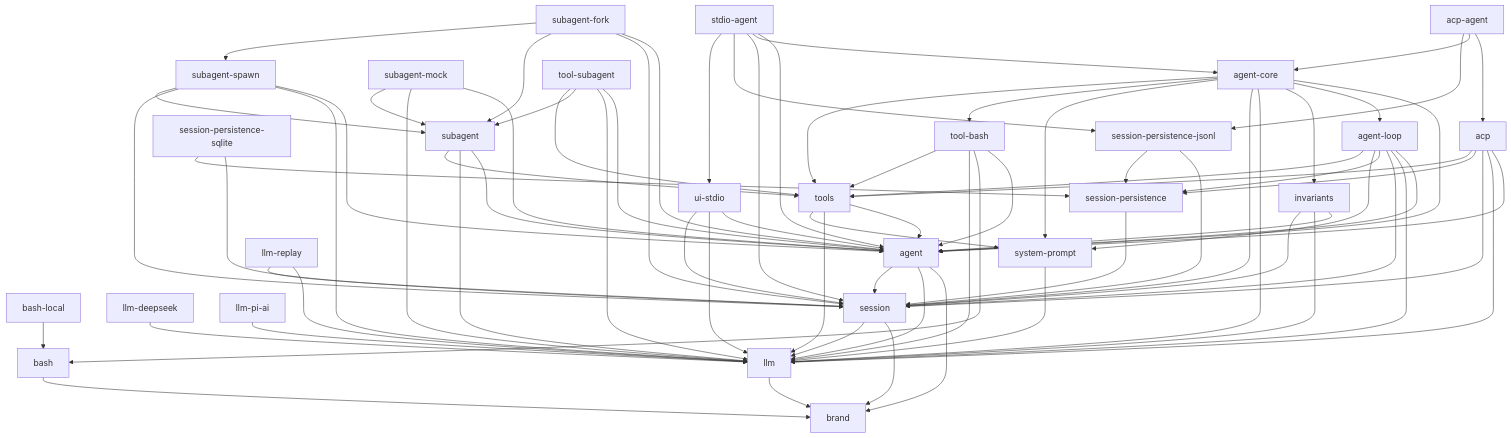
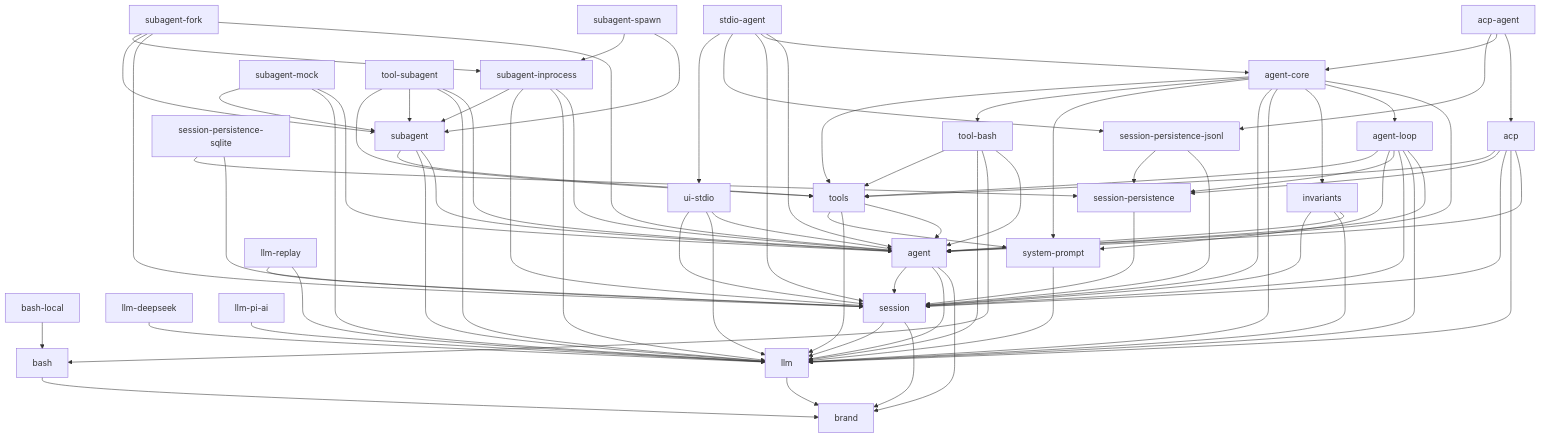
Before and after one commit to 007M7/DeepCode: the diagram in docs/module-graph.md, drawn with Mermaid. The commit also changed other lines of this file and 15 other files, not shown here.

First line of the commit message:
Extract the shared in-process driver into dsh-subagent-inprocess (review feedback)

````diff
--- a/docs/module-graph.md
+++ b/docs/module-graph.md
@@ -8,79 +8,81 @@
 ```mermaid
 graph TD
   bash --> brand
   llm --> brand
   bash-local --> bash
   llm-deepseek --> llm
   llm-pi-ai --> llm
   session --> brand
   session --> llm
   system-prompt --> llm
   agent --> brand
   agent --> llm
   agent --> session
   llm-replay --> llm
   llm-replay --> session
   session-persistence --> session
   invariants --> agent
   invariants --> llm
   invariants --> session
   session-persistence-jsonl --> session
   session-persistence-jsonl --> session-persistence
   session-persistence-sqlite --> session
   session-persistence-sqlite --> session-persistence
   tools --> agent
   tools --> llm
   tools --> system-prompt
   ui-stdio --> agent
   ui-stdio --> llm
   ui-stdio --> session
   acp --> agent
   acp --> llm
   acp --> session
   acp --> session-persistence
   acp --> tools
   agent-loop --> agent
   agent-loop --> llm
   agent-loop --> session
   agent-loop --> session-persistence
   agent-loop --> system-prompt
   agent-loop --> tools
   subagent --> agent
   subagent --> llm
   subagent --> tools
   tool-bash --> agent
   tool-bash --> bash
   tool-bash --> llm
   tool-bash --> tools
   agent-core --> agent
   agent-core --> agent-loop
   agent-core --> invariants
   agent-core --> llm
   agent-core --> session
   agent-core --> system-prompt
   agent-core --> tool-bash
   agent-core --> tools
+  subagent-inprocess --> agent
+  subagent-inprocess --> llm
+  subagent-inprocess --> session
+  subagent-inprocess --> subagent
   subagent-mock --> agent
   subagent-mock --> llm
   subagent-mock --> subagent
-  subagent-spawn --> agent
-  subagent-spawn --> llm
-  subagent-spawn --> session
-  subagent-spawn --> subagent
   tool-subagent --> agent
   tool-subagent --> llm
   tool-subagent --> subagent
   tool-subagent --> tools
   acp-agent --> acp
   acp-agent --> agent-core
   acp-agent --> session-persistence-jsonl
   stdio-agent --> agent
   stdio-agent --> agent-core
   stdio-agent --> session
   stdio-agent --> session-persistence-jsonl
   stdio-agent --> ui-stdio
   subagent-fork --> agent
   subagent-fork --> session
   subagent-fork --> subagent
-  subagent-fork --> subagent-spawn
+  subagent-fork --> subagent-inprocess
+  subagent-spawn --> subagent
+  subagent-spawn --> subagent-inprocess
 ```
````
